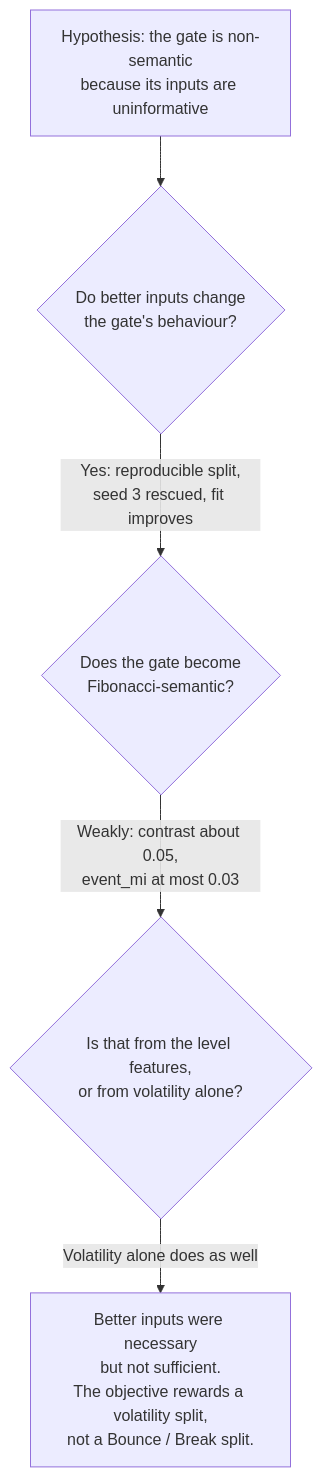
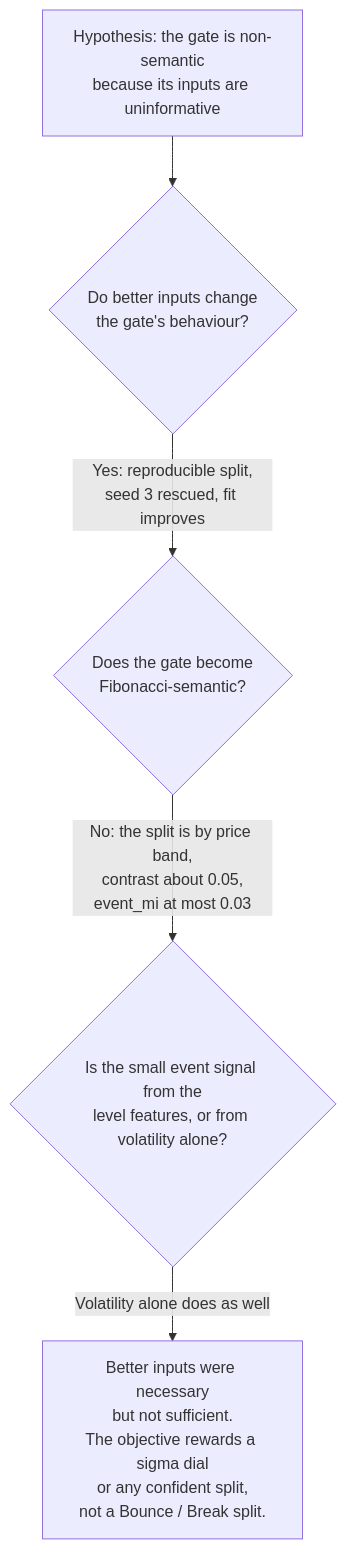
Before and after one commit to Daniel3178/fibo-agent-platform: diagram 21 of 23 in study/summary.md, drawn with Mermaid. The commit also changed other lines of this file and 10 other files, not shown here.

````diff
--- a/study/summary.md
+++ b/study/summary.md
@@ -870,7 +1089,7 @@
 ```mermaid
 flowchart TB
     H0["Hypothesis: the gate is non-semantic<br/>because its inputs are uninformative"] --> Q1{"Do better inputs change<br/>the gate's behaviour?"}
     Q1 -->|"Yes: reproducible split,<br/>seed 3 rescued, fit improves"| Q2{"Does the gate become<br/>Fibonacci-semantic?"}
-    Q2 -->|"Weakly: contrast about 0.05,<br/>event_mi at most 0.03"| Q3{"Is that from the level features,<br/>or from volatility alone?"}
-    Q3 -->|"Volatility alone does as well"| C["Better inputs were necessary<br/>but not sufficient.<br/>The objective rewards a volatility split,<br/>not a Bounce / Break split."]
+    Q2 -->|"No: the split is by price band,<br/>contrast about 0.05,<br/>event_mi at most 0.03"| Q3{"Is the small event signal from the<br/>level features, or from volatility alone?"}
+    Q3 -->|"Volatility alone does as well"| C["Better inputs were necessary<br/>but not sufficient.<br/>The objective rewards a sigma dial<br/>or any confident split,<br/>not a Bounce / Break split."]
 ```
````
